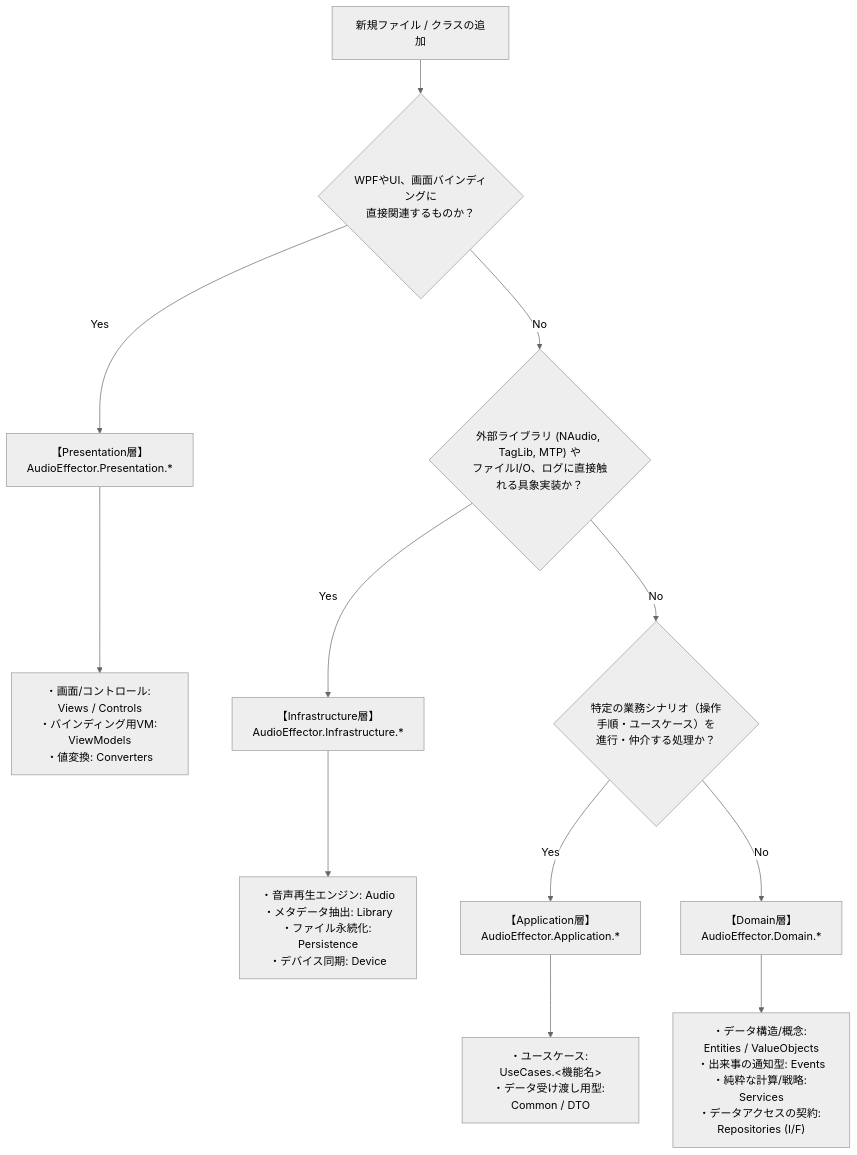
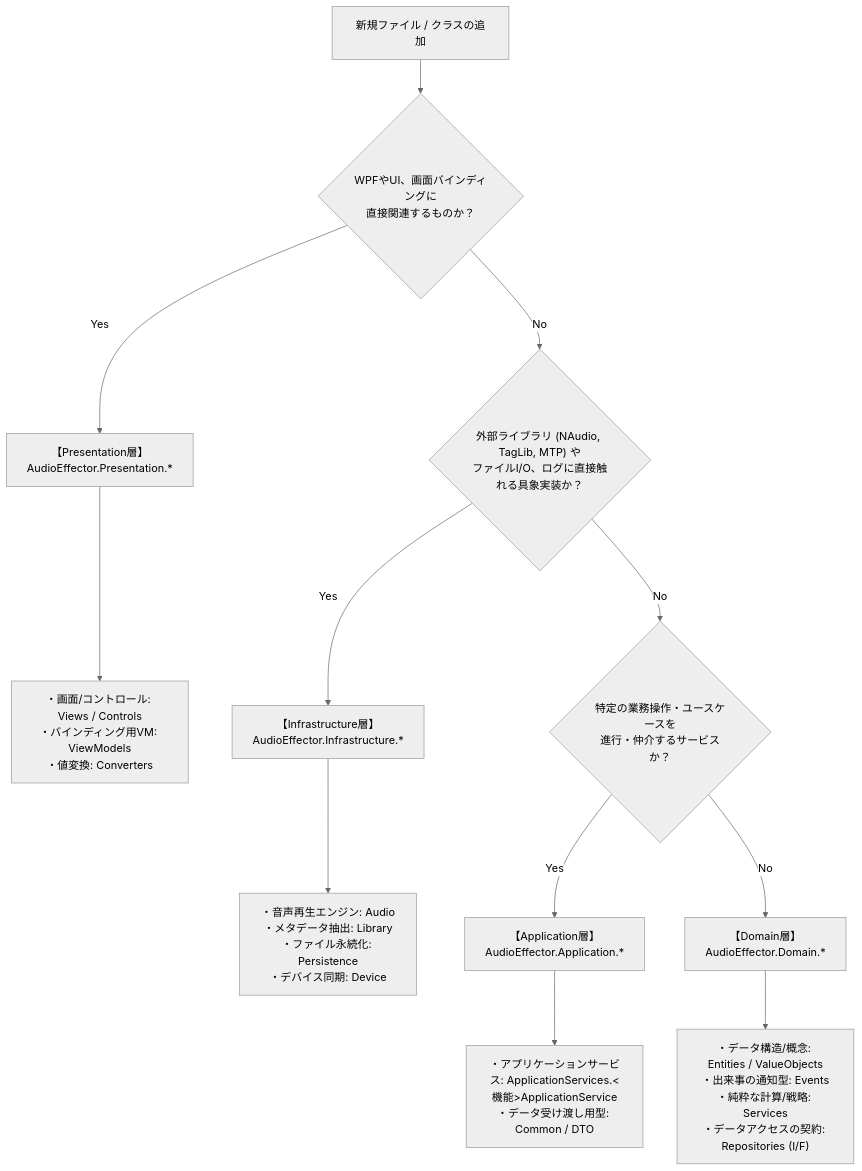
Before and after one commit to taketonnbo/Audio_Effector: the second of 3 diagrams in 設計/詳細設計/アーキテクチャ/アーキテクチャ全体設計書.md, drawn with Mermaid (neutral theme). The commit also changed other lines of this file and 2 other files, not shown here.

````diff
--- a/設計/詳細設計/アーキテクチャ/アーキテクチャ全体設計書.md
+++ b/設計/詳細設計/アーキテクチャ/アーキテクチャ全体設計書.md
@@ -51,20 +51,20 @@
 ```mermaid
 flowchart TD
     Start["新規ファイル / クラスの追加"] --> Q1{"WPFやUI、画面バインディングに<br>直接関連するものか？"}
     
     Q1 -- Yes --> P["【Presentation層】<br>AudioEffector.Presentation.*"]
     P --> P1["・画面/コントロール: Views / Controls<br>・バインディング用VM: ViewModels<br>・値変換: Converters"]
 
     Q1 -- No --> Q2{"外部ライブラリ (NAudio, TagLib, MTP) や<br>ファイルI/O、ログに直接触れる具象実装か？"}
     
     Q2 -- Yes --> I["【Infrastructure層】<br>AudioEffector.Infrastructure.*"]
     I --> I1["・音声再生エンジン: Audio<br>・メタデータ抽出: Library<br>・ファイル永続化: Persistence<br>・デバイス同期: Device"]
 
-    Q2 -- No --> Q3{"特定の業務シナリオ（操作手順・ユースケース）を<br>進行・仲介する処理か？"}
+    Q2 -- No --> Q3{"特定の業務操作・ユースケースを<br>進行・仲介するサービスか？"}
     
     Q3 -- Yes --> A["【Application層】<br>AudioEffector.Application.*"]
-    A --> A1["・ユースケース: UseCases.<機能名><br>・データ受け渡し用型: Common / DTO"]
+    A --> A1["・アプリケーションサービス: ApplicationServices.<機能>ApplicationService<br>・データ受け渡し用型: Common / DTO"]
 
     Q3 -- No --> D["【Domain層】<br>AudioEffector.Domain.*"]
     D --> D1["・データ構造/概念: Entities / ValueObjects<br>・出来事の通知型: Events<br>・純粋な計算/戦略: Services<br>・データアクセスの契約: Repositories (I/F)"]
 ```
````
